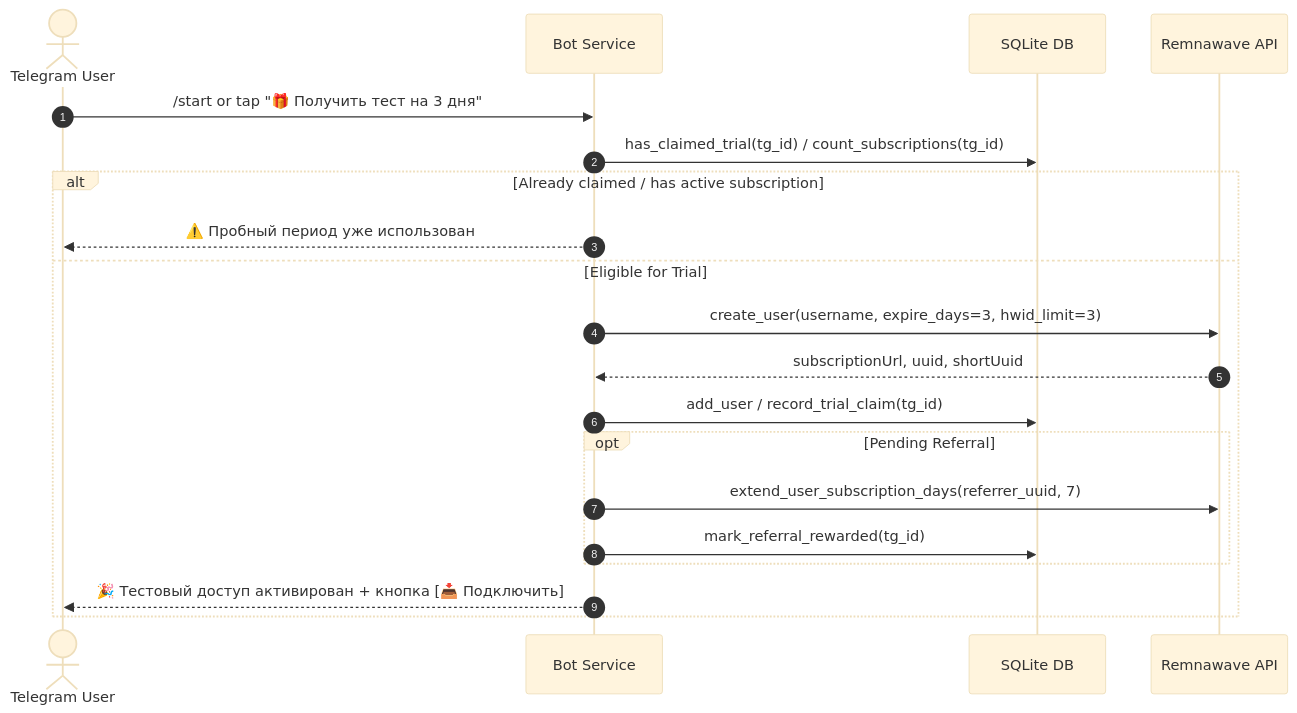
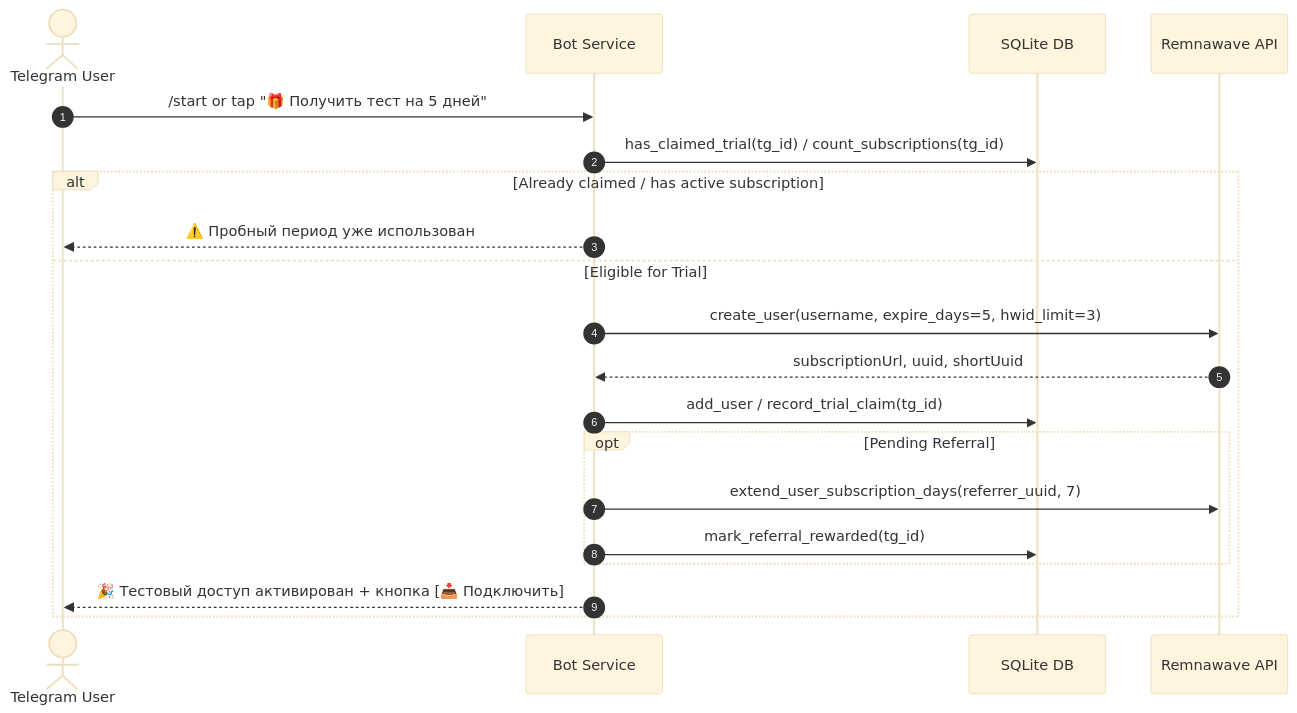
One commit to L1ttleWizard/bot_remna changed the second of 2 diagrams in docs/architecture.md. Above: the diagram before and after it, drawn with Mermaid (base theme). The commit also changed 6 other files, not shown here.

````diff
--- a/docs/architecture.md
+++ b/docs/architecture.md
@@ -34,23 +34,23 @@
 ```mermaid
 sequenceDiagram
     autonumber
     actor User as Telegram User
     participant Bot as Bot Service
     participant DB as SQLite DB
     participant API as Remnawave API
 
-    User->>Bot: /start or tap "🎁 Получить тест на 3 дня"
+    User->>Bot: /start or tap "🎁 Получить тест на 5 дней"
     Bot->>DB: has_claimed_trial(tg_id) / count_subscriptions(tg_id)
     alt Already claimed / has active subscription
         Bot-->>User: ⚠️ Пробный период уже использован
     else Eligible for Trial
-        Bot->>API: create_user(username, expire_days=3, hwid_limit=3)
+        Bot->>API: create_user(username, expire_days=5, hwid_limit=3)
         API-->>Bot: subscriptionUrl, uuid, shortUuid
         Bot->>DB: add_user / record_trial_claim(tg_id)
         opt Pending Referral
             Bot->>API: extend_user_subscription_days(referrer_uuid, 7)
             Bot->>DB: mark_referral_rewarded(tg_id)
         end
         Bot-->>User: 🎉 Тестовый доступ активирован + кнопка [📥 Подключить]
     end
 ```
````
